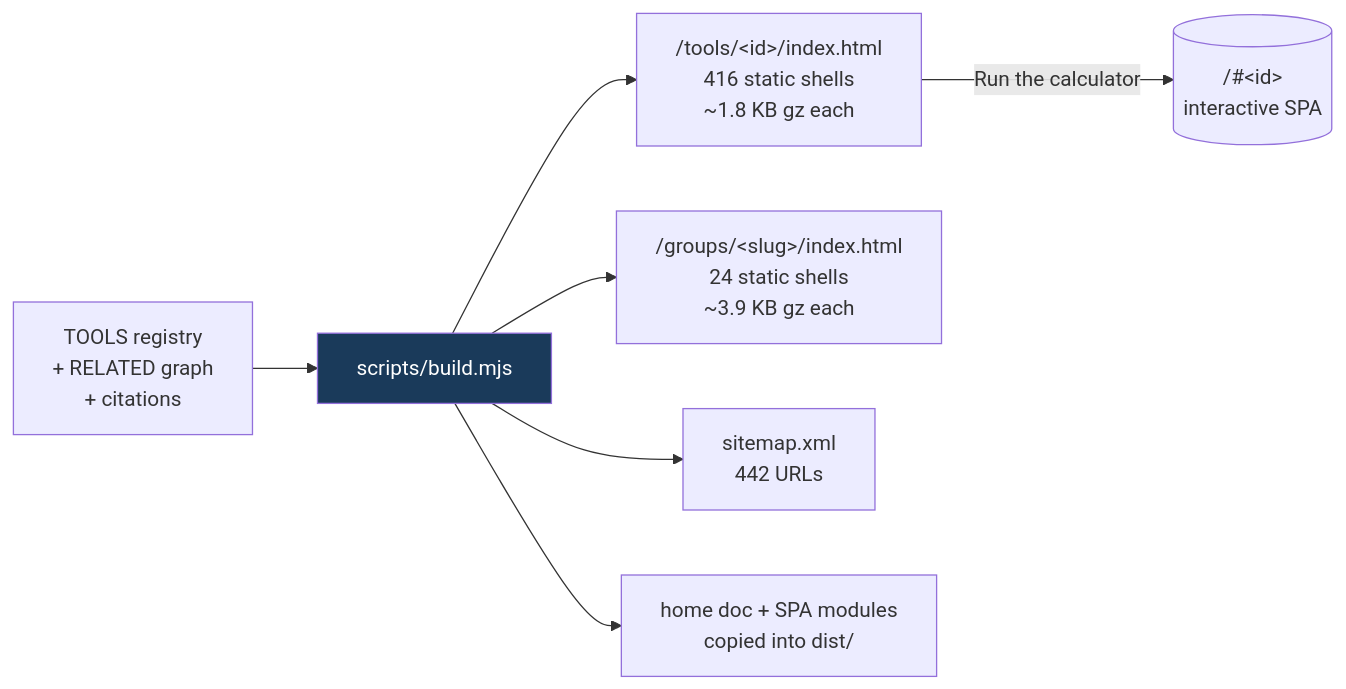
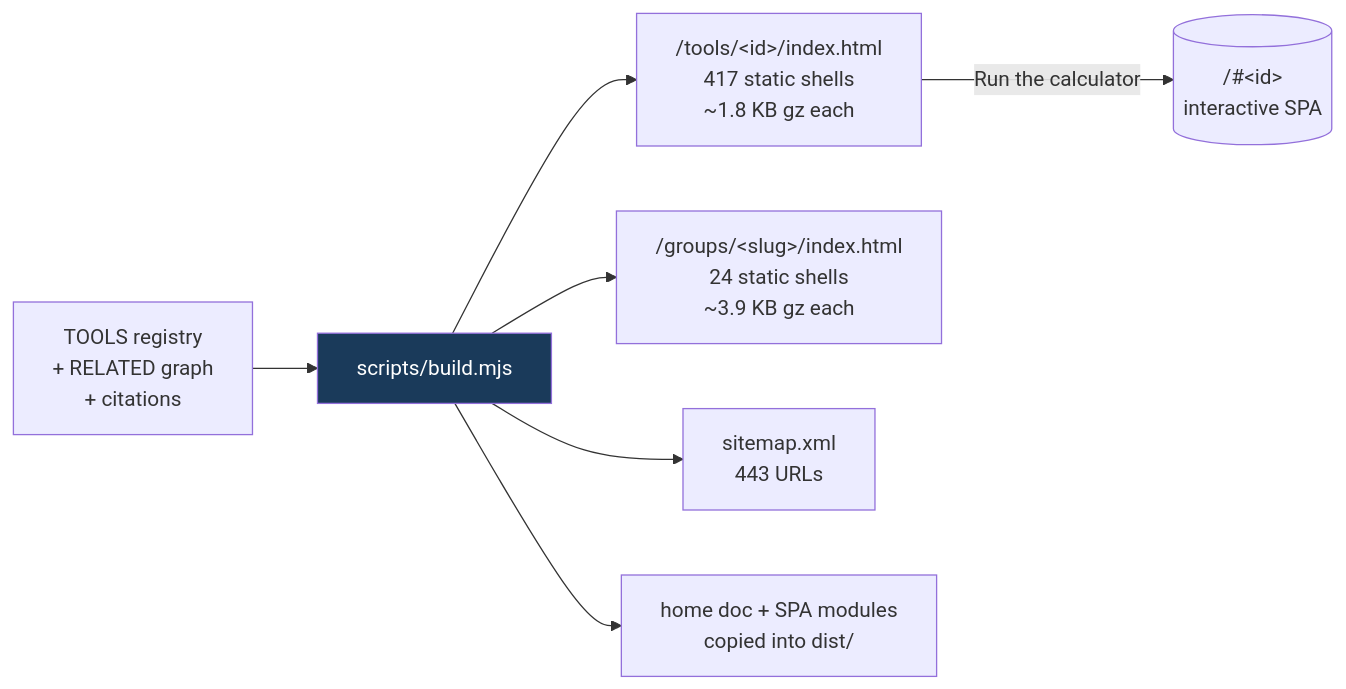
Before and after one commit to clay-good/roughlogic.com: the third of 5 diagrams in README.md, drawn with Mermaid. The commit also changed other lines of this file and 15 other files, not shown here.

````diff
--- a/README.md
+++ b/README.md
@@ -182,10 +182,10 @@
 ```mermaid
 flowchart LR
     SRC[TOOLS registry\n+ RELATED graph\n+ citations] --> BUILD[scripts/build.mjs]
-    BUILD --> TILE["/tools/&lt;id&gt;/index.html\n416 static shells\n~1.8 KB gz each"]
+    BUILD --> TILE["/tools/&lt;id&gt;/index.html\n417 static shells\n~1.8 KB gz each"]
     BUILD --> GROUP["/groups/&lt;slug&gt;/index.html\n24 static shells\n~3.9 KB gz each"]
-    BUILD --> MAP["sitemap.xml\n442 URLs"]
+    BUILD --> MAP["sitemap.xml\n443 URLs"]
     BUILD --> COPY[home doc + SPA modules\ncopied into dist/]
     TILE -->|Run the calculator| SPA[("/#&lt;id&gt;\ninteractive SPA")]
     style BUILD fill:#1a3a5a,color:#fff
 ```
````
